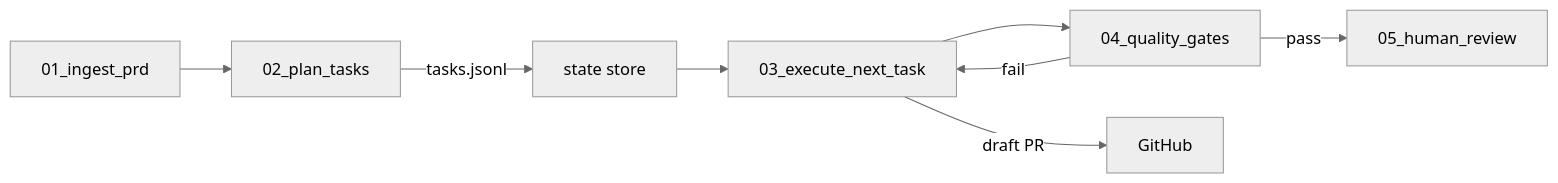
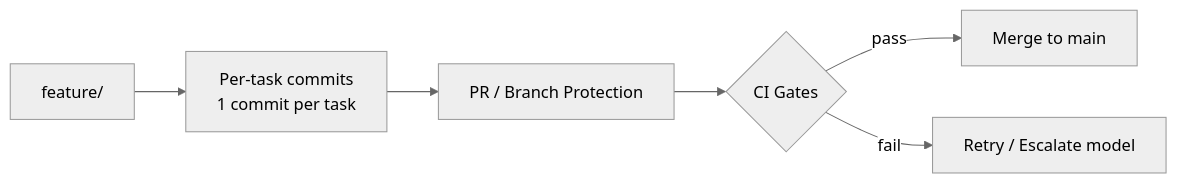
The fourth of 4 diagrams in README.md (hometechhq/ai-dev-tasks), drawn with Mermaid (neutral theme) before and after one commit. The commit also changed other lines of this file, not shown here.

````diff
--- a/README.md
+++ b/README.md
@@ -105,10 +119,8 @@
 ```mermaid
 flowchart LR
-  A[01_ingest_prd] --> B[02_plan_tasks]
-  B -->|tasks.jsonl| C[state store]
-  C --> D[03_execute_next_task]
-  D --> E[04_quality_gates]
-  E -->|pass| F[05_human_review]
-  E -->|fail| D
-  D -->|draft PR| GH[GitHub]
+    A[feature/<prd>] --> B[Per-task commits<br/>1 commit per task]
+    B --> C[PR / Branch Protection]
+    C --> D{CI Gates}
+    D -- pass --> E[Merge to main]
+    D -- fail --> F[Retry / Escalate model]
 ```
````
